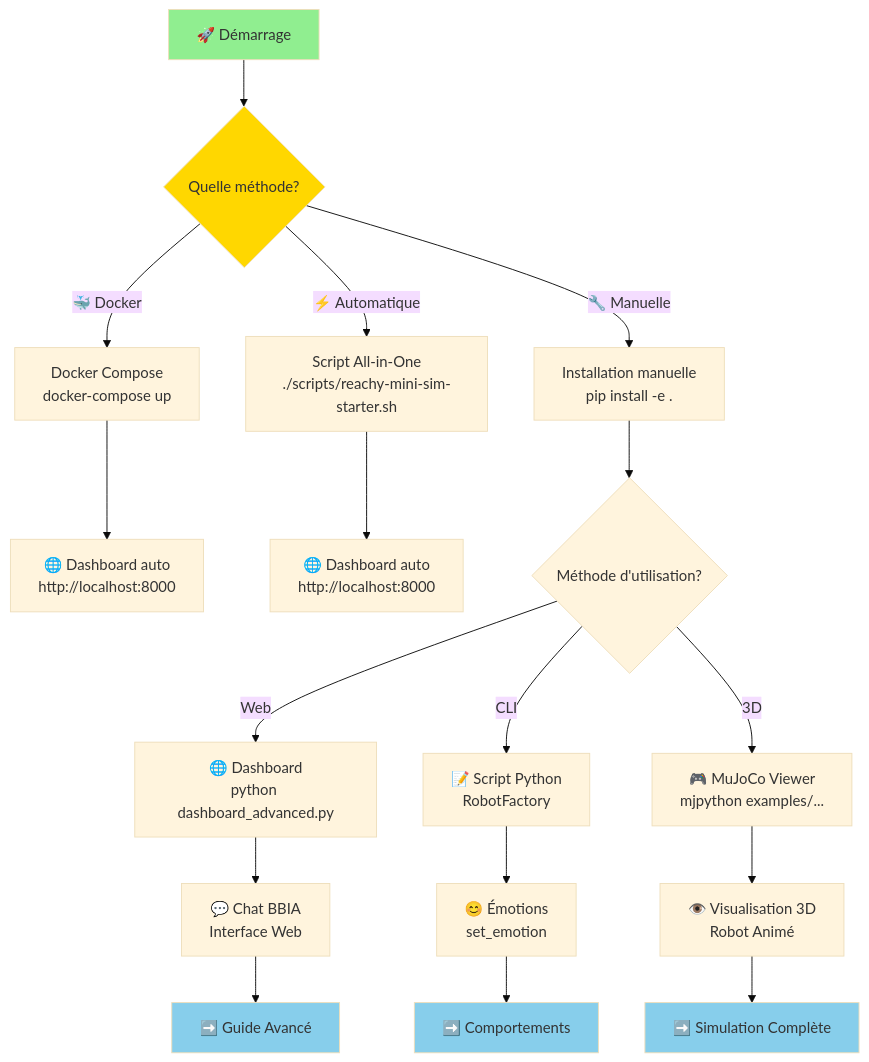
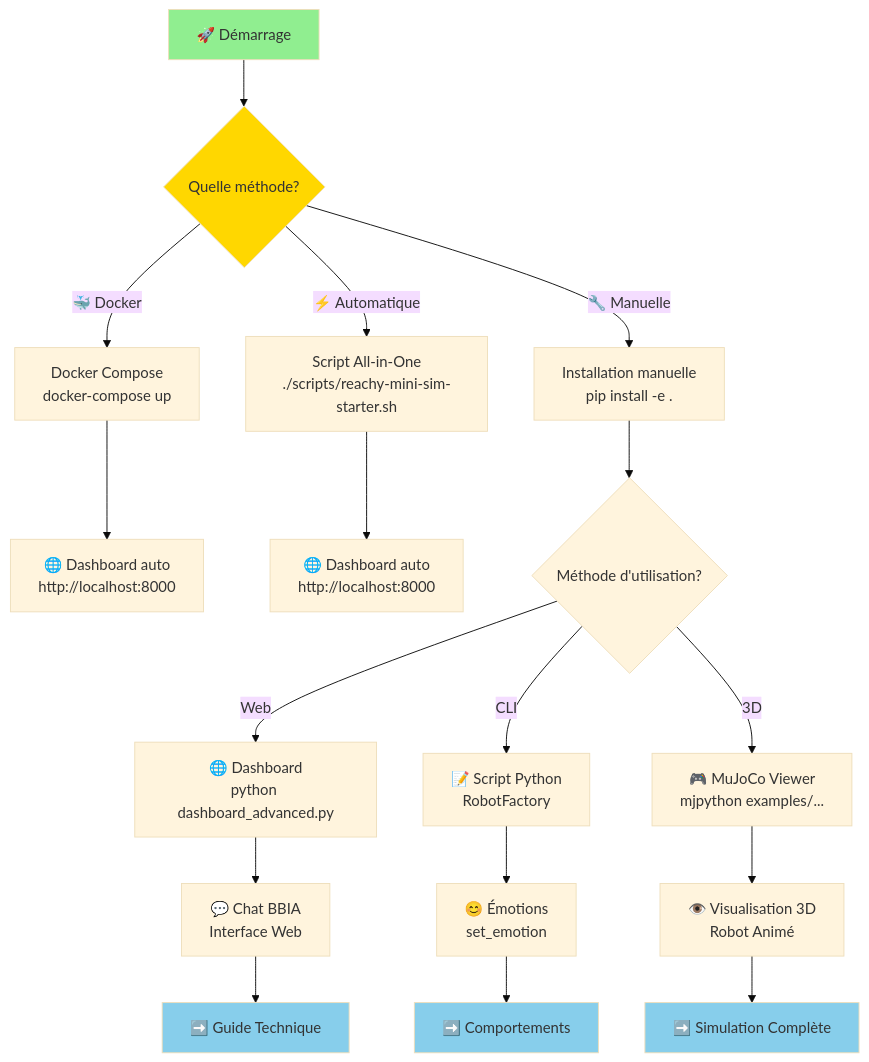
Before and after one commit to arkalia-luna-system/bbia-sim: the second of 2 diagrams in docs/guides/GUIDE_DEMARRAGE.md, drawn with Mermaid (base theme). The commit also changed other lines of this file and 23 other files, not shown here.

````diff
--- a/docs/guides/GUIDE_DEMARRAGE.md
+++ b/docs/guides/GUIDE_DEMARRAGE.md
@@ -44,32 +44,32 @@
 ```mermaid
 flowchart TD
     START[🚀 Démarrage] --> CHOICE{Quelle méthode?}
     
     CHOICE -->|🐳 Docker| DOCKER[Docker Compose<br/>docker-compose up]
     CHOICE -->|⚡ Automatique| AUTO[Script All-in-One<br/>./scripts/reachy-mini-sim-starter.sh]
     CHOICE -->|🔧 Manuelle| MANUAL[Installation manuelle<br/>pip install -e .]
     
     DOCKER --> DASH_DOCKER[🌐 Dashboard auto<br/>http://localhost:8000]
     
     AUTO --> DASH_AUTO[🌐 Dashboard auto<br/>http://localhost:8000]
     MANUAL --> CHOICE2{Méthode d'utilisation?}
     
     CHOICE2 -->|Web| DASH[🌐 Dashboard<br/>python dashboard_advanced.py]
     CHOICE2 -->|CLI| SCRIPT[📝 Script Python<br/>RobotFactory]
     CHOICE2 -->|3D| MUJOCO[🎮 MuJoCo Viewer<br/>mjpython examples/...]
 
     DASH --> CHAT[💬 Chat BBIA<br/>Interface Web]
     SCRIPT --> EMOTION[😊 Émotions<br/>set_emotion]
     MUJOCO --> VISUAL[👁️ Visualisation 3D<br/>Robot Animé]
 
-    CHAT --> NEXT1[➡️ Guide Avancé]
+    CHAT --> NEXT1[➡️ Guide Technique]
     EMOTION --> NEXT2[➡️ Comportements]
     VISUAL --> NEXT3[➡️ Simulation Complète]
 
     style START fill:#90EE90
     style CHOICE fill:#FFD700
     style NEXT1 fill:#87CEEB
     style NEXT2 fill:#87CEEB
     style NEXT3 fill:#87CEEB
 
 ```
````
